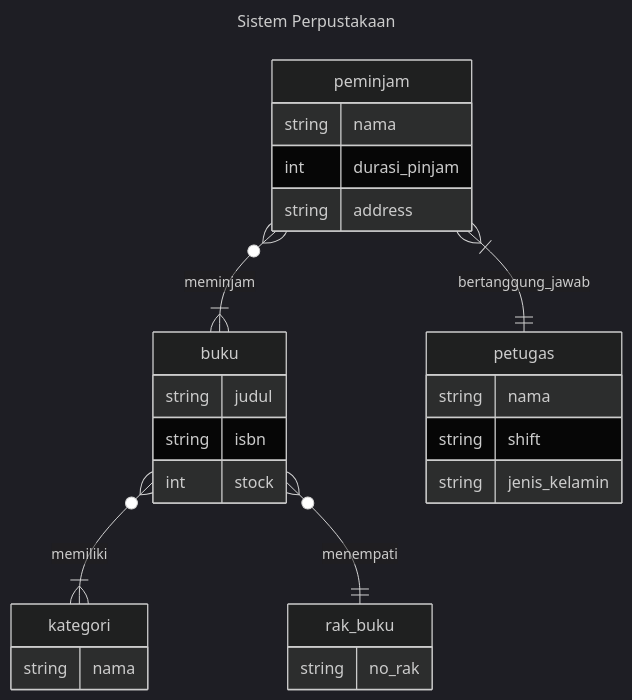
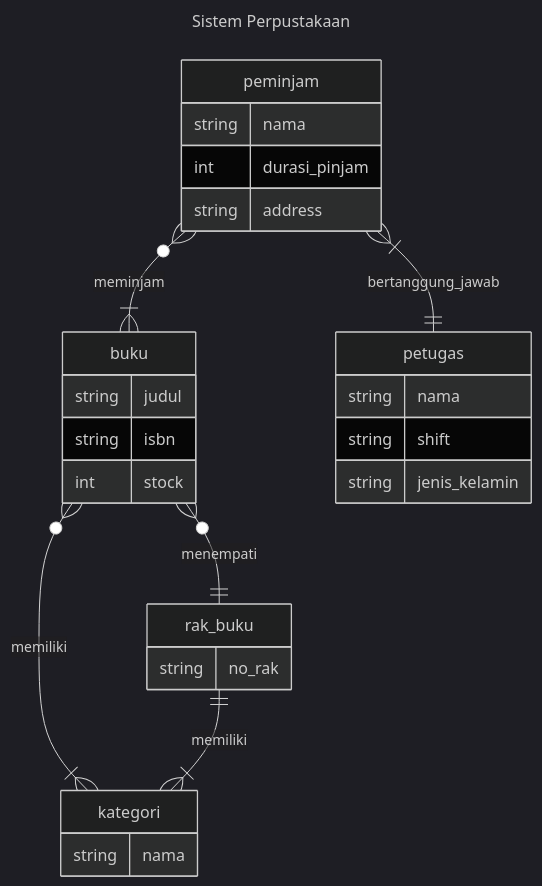
The diagram in README.md (ItsnaMaulanaHasan/koda-b4-db1), drawn with Mermaid (dark theme) before and after one commit.

Commit message:
feat: add relation rak_buku between kategori

````diff
--- a/README.md
+++ b/README.md
@@ -3,36 +3,37 @@
 ```mermaid
 ---
     title: Sistem Perpustakaan
 ---
 erDiagram
     buku{
         string judul
         string isbn
         int stock
     }
 
     kategori{
         string nama
     }
 
     rak_buku{
         string no_rak
     }
 
     petugas{
         string nama
         string shift
         string jenis_kelamin
     }
 
     peminjam{
         string nama
         int durasi_pinjam
         string address
     }
 
     buku }o--|{ kategori : memiliki
     buku }o--|| rak_buku : menempati
     peminjam }o--|{ buku : meminjam
     peminjam }|--|| petugas : bertanggung_jawab
+    rak_buku ||--|{ kategori : memiliki
 ```
````
